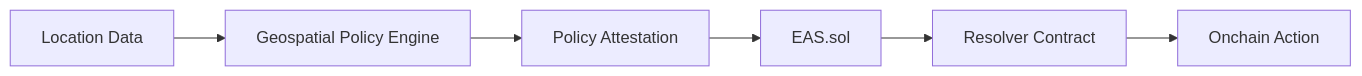
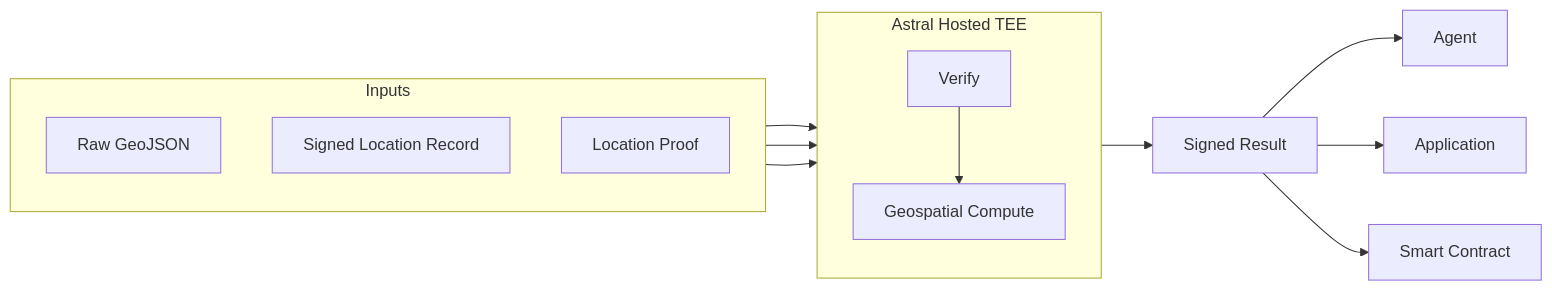
Before and after one commit to AstralProtocol/mintlify-docs: the diagram in introduction.mdx, drawn with Mermaid. The commit also changed other lines of this file and 1 other file, not shown here.

First line of the commit message:
docs(intro, quickstart): rewrite to lead with location proofs (#26)

````diff
--- a/introduction.mdx
+++ b/introduction.mdx
@@ -34,8 +31,22 @@
 ```mermaid
 graph LR
-    A[Location Data] --> B[Geospatial Policy Engine]
-    B --> C[Policy Attestation]
-    C --> D[EAS.sol]
-    D --> E[Resolver Contract]
-    E --> F[Onchain Action]
+    subgraph Inputs
+        direction TB
+        RG[Raw GeoJSON]
+        SL[Signed Location Record]
+        LP[Location Proof]
+    end
+    subgraph Astral Hosted TEE
+        direction TB
+        C[Geospatial Compute]
+        V[Verify]
+    end
+    RG --> C
+    SL --> C
+    LP --> V
+    V --> C
+    C --> SR[Signed Result]
+    SR --> A1[Agent]
+    SR --> A2[Application]
+    SR --> A3[Smart Contract]
 ```
````
